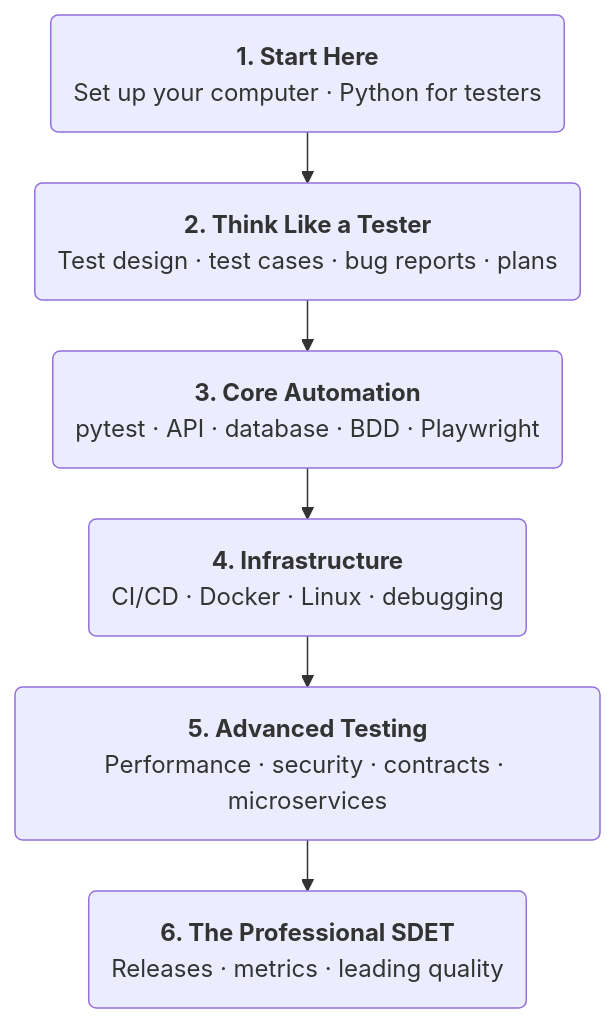
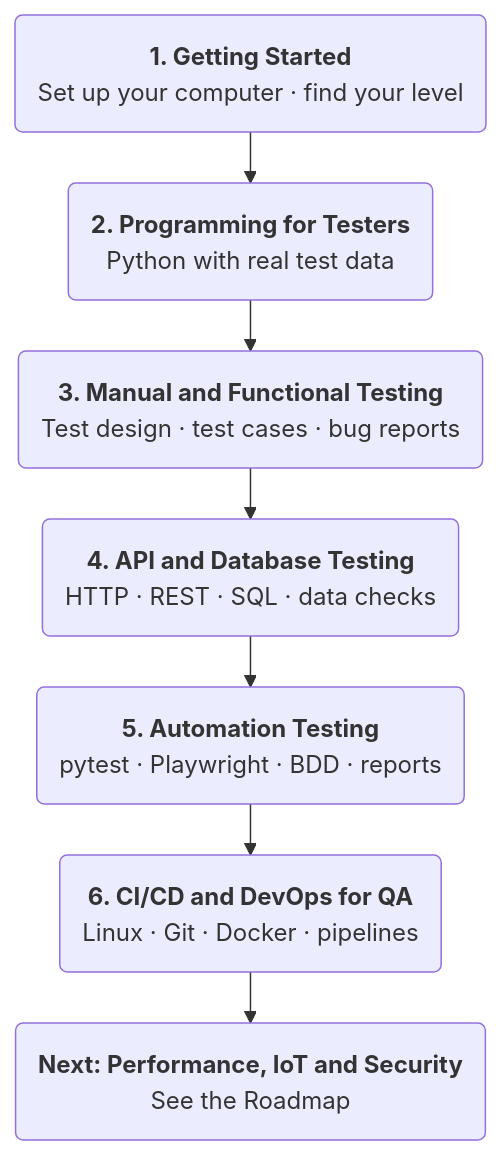
One commit to myopensdet/myopensdet.github.io changed the diagram in docs/learning-path.md. Above: the diagram before and after it, drawn with Mermaid. The commit also changed 25 other files, not shown here.

````diff
--- a/docs/learning-path.md
+++ b/docs/learning-path.md
@@ -27,17 +27,18 @@
 ```mermaid
 ---
 config:
   flowchart:
     wrappingWidth: 360
     nodeSpacing: 30
     rankSpacing: 34
 ---
 flowchart TD
-    A("<b>1. Start Here</b><br/>Set up your computer · Python for testers")
-    B("<b>2. Think Like a Tester</b><br/>Test design · test cases · bug reports · plans")
-    C("<b>3. Core Automation</b><br/>pytest · API · database · BDD · Playwright")
-    D("<b>4. Infrastructure</b><br/>CI/CD · Docker · Linux · debugging")
-    E("<b>5. Advanced Testing</b><br/>Performance · security · contracts · microservices")
-    F("<b>6. The Professional SDET</b><br/>Releases · metrics · leading quality")
-    A --> B --> C --> D --> E --> F
+    A("<b>1. Getting Started</b><br/>Set up your computer · find your level")
+    B("<b>2. Programming for Testers</b><br/>Python with real test data")
+    C("<b>3. Manual and Functional Testing</b><br/>Test design · test cases · bug reports")
+    D("<b>4. API and Database Testing</b><br/>HTTP · REST · SQL · data checks")
+    E("<b>5. Automation Testing</b><br/>pytest · Playwright · BDD · reports")
+    F("<b>6. CI/CD and DevOps for QA</b><br/>Linux · Git · Docker · pipelines")
+    G("<b>Next: Performance, IoT and Security</b><br/>See the Roadmap")
+    A --> B --> C --> D --> E --> F --> G
 ```
````
